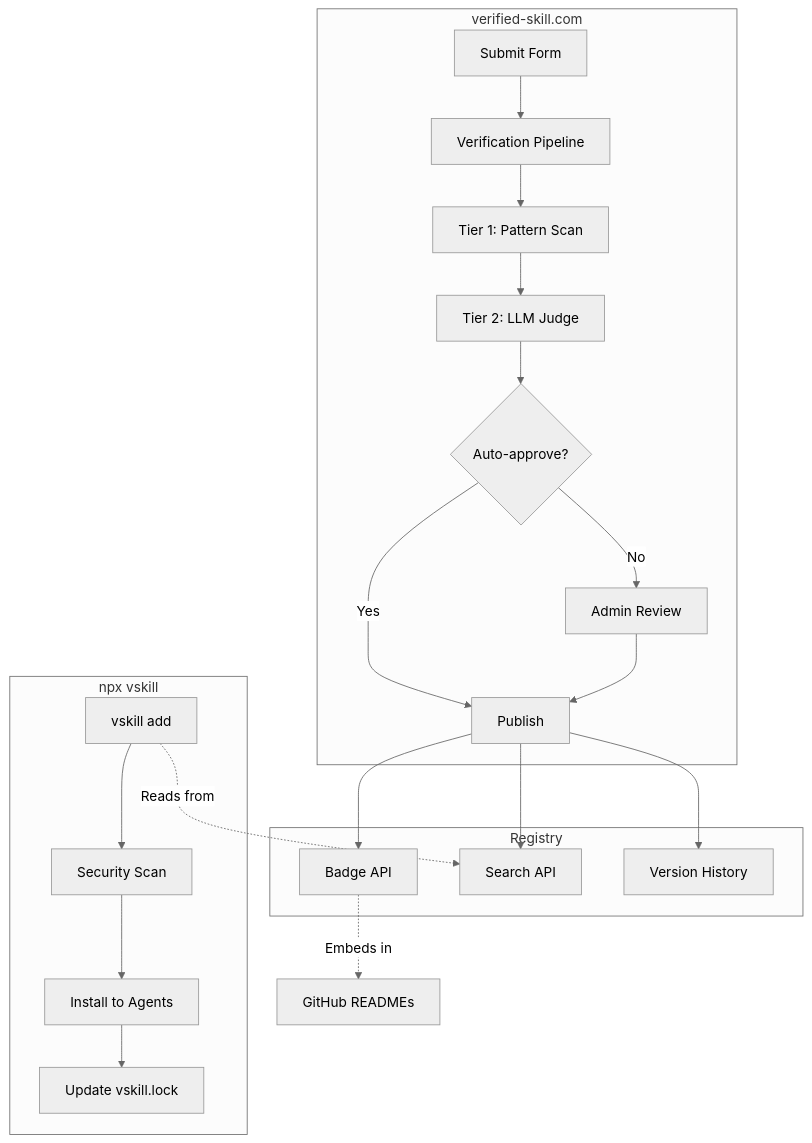
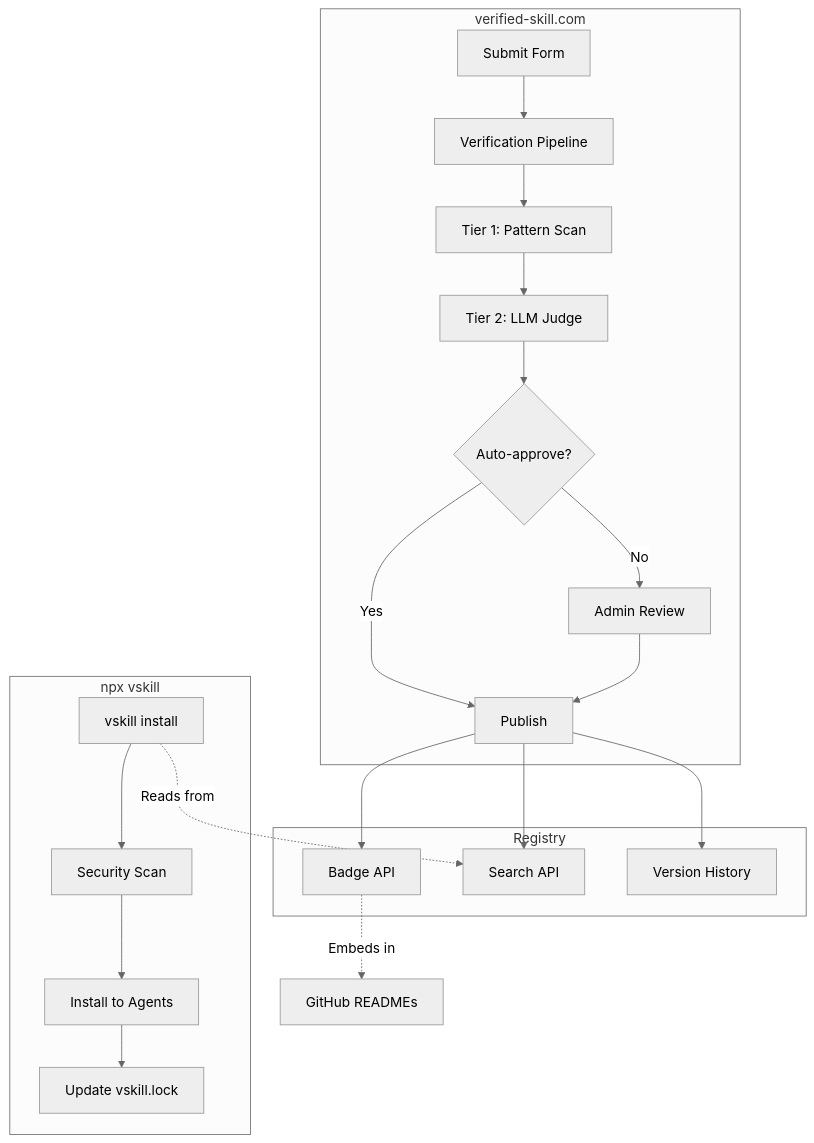
Before and after one commit to anton-abyzov/specweave-umb: the first of 2 diagrams in .specweave/docs/internal/strategy/skillweave-prd.md, drawn with Mermaid (neutral theme). The commit also changed 78 other files, not shown here.

````diff
--- a/.specweave/docs/internal/strategy/skillweave-prd.md
+++ b/.specweave/docs/internal/strategy/skillweave-prd.md
@@ -29,27 +29,27 @@
 ```mermaid
 flowchart TD
     subgraph CLI [npx vskill]
-        ADD[vskill add] --> SCAN[Security Scan]
+        ADD[vskill install] --> SCAN[Security Scan]
         SCAN --> INSTALL[Install to Agents]
         INSTALL --> LOCK[Update vskill.lock]
     end
 
     subgraph WEB [verified-skill.com]
         SUBMIT[Submit Form] --> PIPELINE[Verification Pipeline]
         PIPELINE --> T1[Tier 1: Pattern Scan]
         T1 --> T2[Tier 2: LLM Judge]
         T2 --> DECIDE{Auto-approve?}
         DECIDE -->|Yes| PUBLISH[Publish]
         DECIDE -->|No| REVIEW[Admin Review]
         REVIEW --> PUBLISH
     end
 
     subgraph REGISTRY [Registry]
         PUBLISH --> BADGE[Badge API]
         PUBLISH --> SEARCH[Search API]
         PUBLISH --> VERSIONS[Version History]
     end
 
     ADD -.->|Reads from| SEARCH
     BADGE -.->|Embeds in| README[GitHub READMEs]
 ```
````
